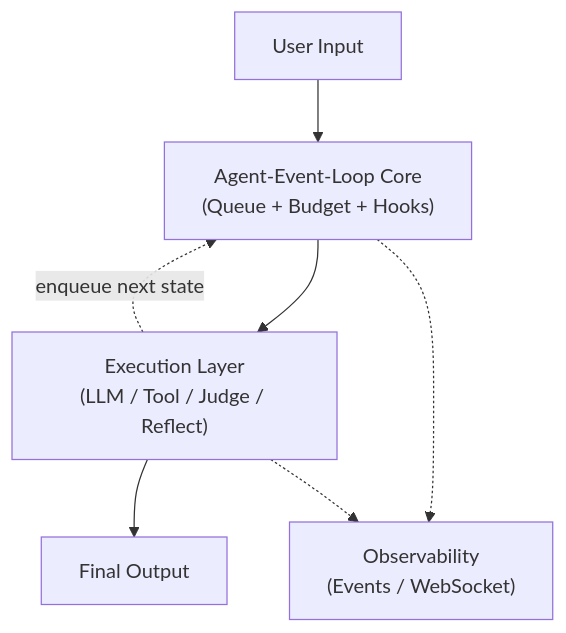
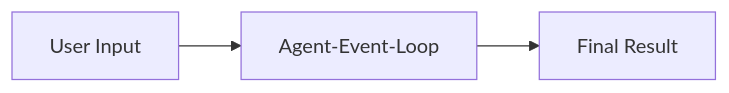
One commit to archerzing-tech/agent-event-loop changed the first of 3 diagrams in README.md. Above: the diagram before and after it, drawn with Mermaid. The commit also changed other lines of this file, not shown here.

Commit message:
further simplify diagrams to only show big-picture state flow

````diff
--- a/README.md
+++ b/README.md
@@ -33,15 +33,9 @@
 ```mermaid
-graph TB
-    In["User Input"]
-    Scheduler["Agent-Event-Loop Core<br/>(Queue + Budget + Hooks)"]
-    Exec["Execution Layer<br/>(LLM / Tool / Judge / Reflect)"]
-    Out["Final Output"]
-    Obs["Observability<br/>(Events / WebSocket)"]
+graph LR
+    Input["User Input"]
+    Loop["Agent-Event-Loop"]
+    Output["Final Result"]
 
-    In --> Scheduler
-    Scheduler --> Exec
-    Exec -.->|"enqueue next state"| Scheduler
-    Exec --> Out
-    Scheduler -.-> Obs
-    Exec -.-> Obs
+    Input --> Loop
+    Loop --> Output
 ```
````
